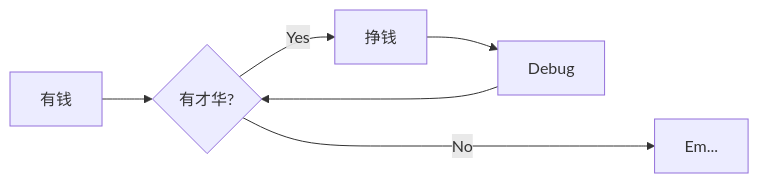
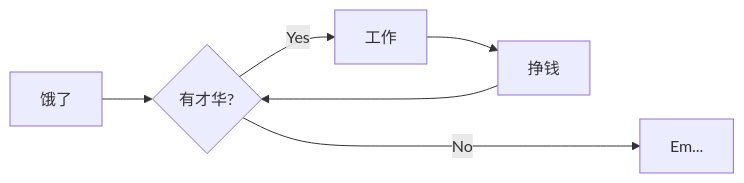
Before and after one commit to Echo-Yanglulu/obsidianPrivateNote: the diagram in 流程图.md, drawn with Mermaid.

Commit message:
backup: 2022-07-09 13:00:58
Affected files:
流程图.md

````diff
--- a/流程图.md
+++ b/流程图.md
@@ -1,8 +1,8 @@
 ``` mermaid
 graph LR
-  A[有钱] --> B{有才华?};
-  B -->|Yes| C[挣钱];
-  C --> D[Debug];
+  A[饿了] --> B{有才华?};
+  B -->|Yes| C[工作];
+  C --> D[挣钱];
   D --> B;
   B ---->|No| E[Em...];
 ```
````
